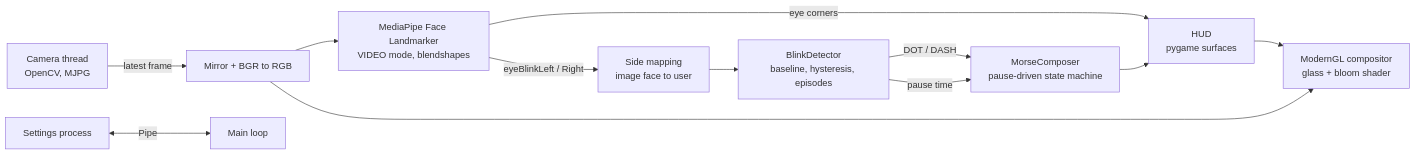
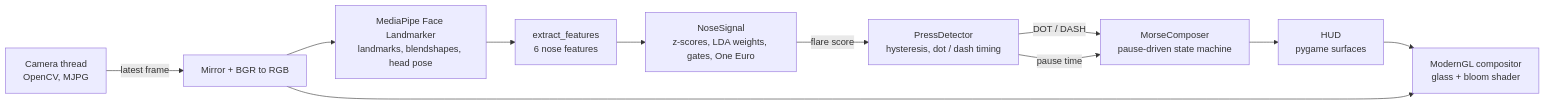
The diagram in README.md (trungsyd2409/AI_computer_vision_morse_coding), drawn with Mermaid before and after one commit. The commit also changed other lines of this file and 14 other files, not shown here.

````diff
--- a/README.md
+++ b/README.md
@@ -183,14 +172,13 @@
 ```mermaid
 flowchart LR
     A[Camera thread<br/>OpenCV, MJPG] -->|latest frame| B[Mirror + BGR to RGB]
-    B --> C[MediaPipe Face Landmarker<br/>VIDEO mode, blendshapes]
-    C -->|eyeBlinkLeft / Right| M[Side mapping<br/>image face to user]
-    M --> D[BlinkDetector<br/>baseline, hysteresis, episodes]
+    B --> C[MediaPipe Face Landmarker<br/>landmarks, blendshapes, head pose]
+    C --> E[extract_features<br/>6 nose features]
+    E --> N[NoseSignal<br/>z-scores, LDA weights, gates, One Euro]
+    N -->|flare score| D[PressDetector<br/>hysteresis, dot / dash timing]
     D -->|DOT / DASH| F[MorseComposer<br/>pause-driven state machine]
     D -->|pause time| F
-    C -->|eye corners| G
     F --> G[HUD<br/>pygame surfaces]
     G --> H[ModernGL compositor<br/>glass + bloom shader]
     B --> H
-    I[Settings process] <-->|Pipe| J[Main loop]
 ```
````
